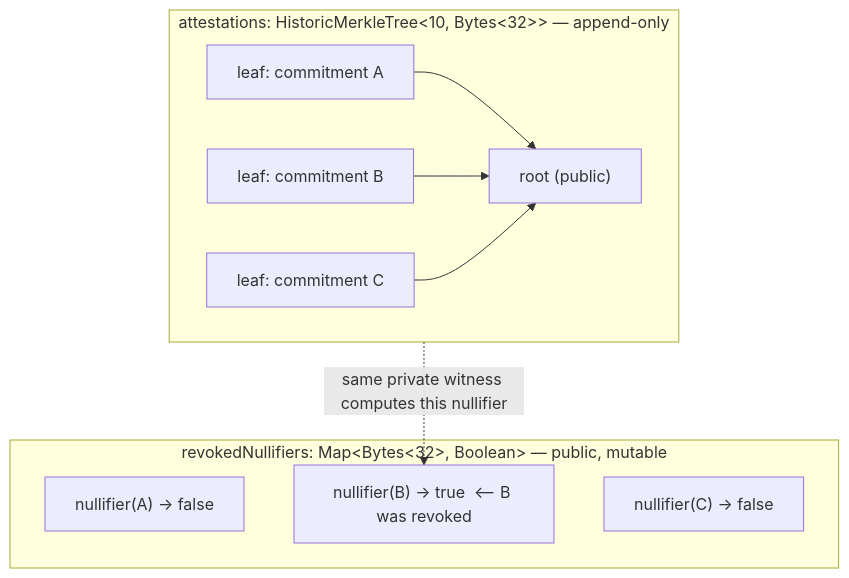
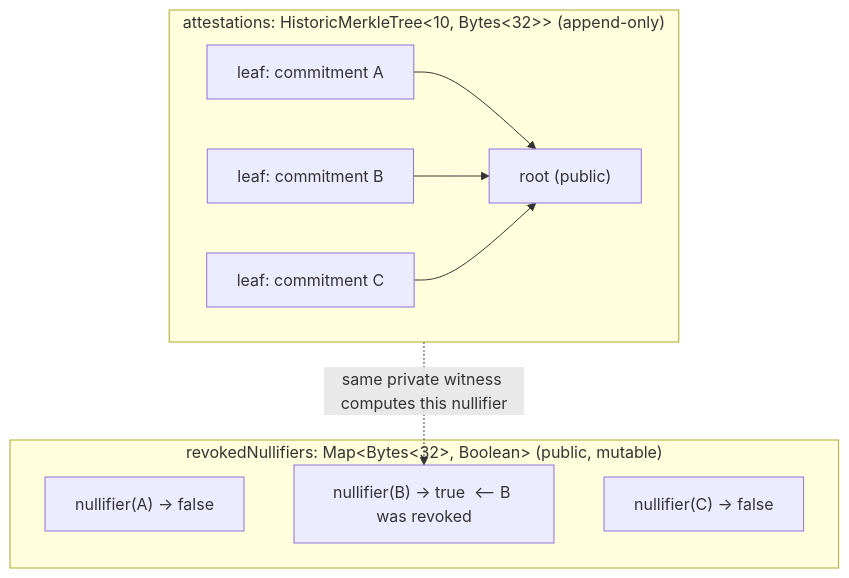
The third of 3 diagrams in website/docs/engineering/architecture.md (ceciliagalvaoo/Attesta), drawn with Mermaid before and after one commit. The commit also changed other lines of this file and 49 other files, not shown here.

````diff
--- a/website/docs/engineering/architecture.md
+++ b/website/docs/engineering/architecture.md
@@ -84,21 +108,21 @@
 ```mermaid
 flowchart TB
-    subgraph Tree["attestations: HistoricMerkleTree&lt;10, Bytes&lt;32&gt;&gt; — append-only"]
+    subgraph Tree["attestations: HistoricMerkleTree&lt;10, Bytes&lt;32&gt;&gt; (append-only)"]
         direction LR
         L1["leaf: commitment A"]
         L2["leaf: commitment B"]
         L3["leaf: commitment C"]
         Root["root (public)"]
         L1 --> Root
         L2 --> Root
         L3 --> Root
     end
 
-    subgraph Nulls["revokedNullifiers: Map&lt;Bytes&lt;32&gt;, Boolean&gt; — public, mutable"]
+    subgraph Nulls["revokedNullifiers: Map&lt;Bytes&lt;32&gt;, Boolean&gt; (public, mutable)"]
         N1["nullifier(A) → false"]
         N2["nullifier(B) → true  ⟵ B was revoked"]
         N3["nullifier(C) → false"]
     end
 
     L2 -.->|"same private witness computes this nullifier"| N2
 ```
````
